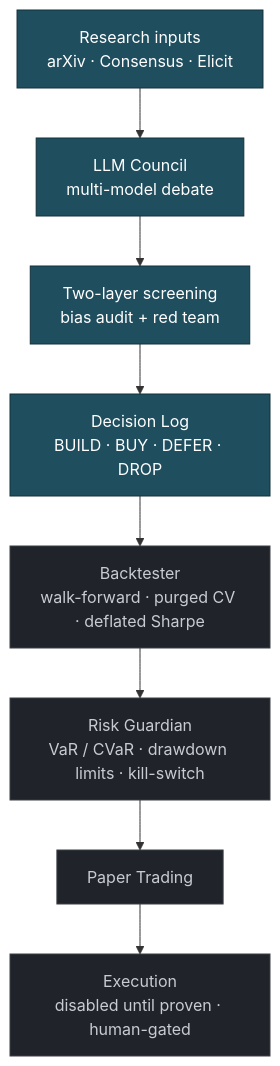
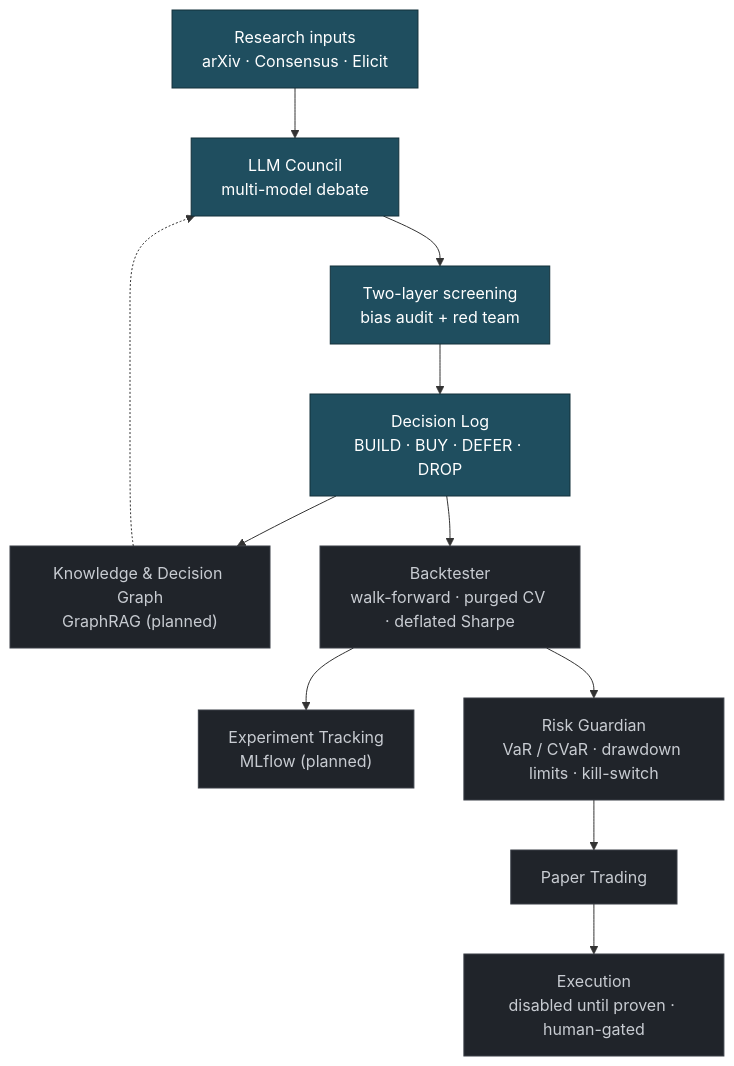
One commit to agisoham/ARIA changed the diagram in README.md. Above: the diagram before and after it, drawn with Mermaid. The commit also changed 3 other files, not shown here.

Commit message:
Add Future-Proofer council seat; plan Knowledge Graph + experiment tracking (architecture diagram, docs)

````diff
--- a/README.md
+++ b/README.md
@@ -28,14 +28,17 @@
 ```mermaid
 flowchart TD
   R["Research inputs<br/>arXiv · Consensus · Elicit"] --> C["LLM Council<br/>multi-model debate"]
+  KG["Knowledge &amp; Decision Graph<br/>GraphRAG (planned)"] -.-> C
   C --> S["Two-layer screening<br/>bias audit + red team"]
   S --> D["Decision Log<br/>BUILD · BUY · DEFER · DROP"]
+  D --> KG
   D --> B["Backtester<br/>walk-forward · purged CV · deflated Sharpe"]
+  B --> XT["Experiment Tracking<br/>MLflow (planned)"]
   B --> G["Risk Guardian<br/>VaR / CVaR · drawdown limits · kill-switch"]
   G --> P["Paper Trading"]
   P --> E["Execution<br/>disabled until proven · human-gated"]
   classDef done fill:#1f4e5f,stroke:#12303a,color:#ffffff;
   classDef todo fill:#20242a,stroke:#3a3f47,color:#c8ccd2;
   class R,C,S,D done;
-  class B,G,P,E todo;
+  class B,G,P,E,KG,XT todo;
 ```
````
